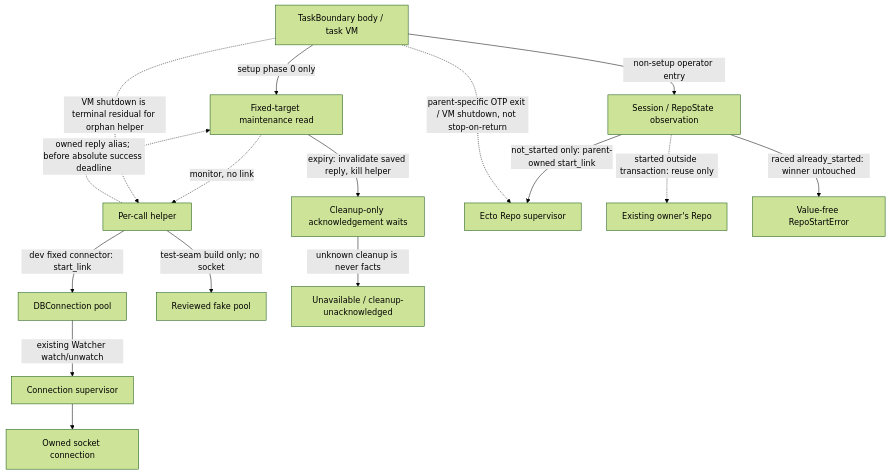
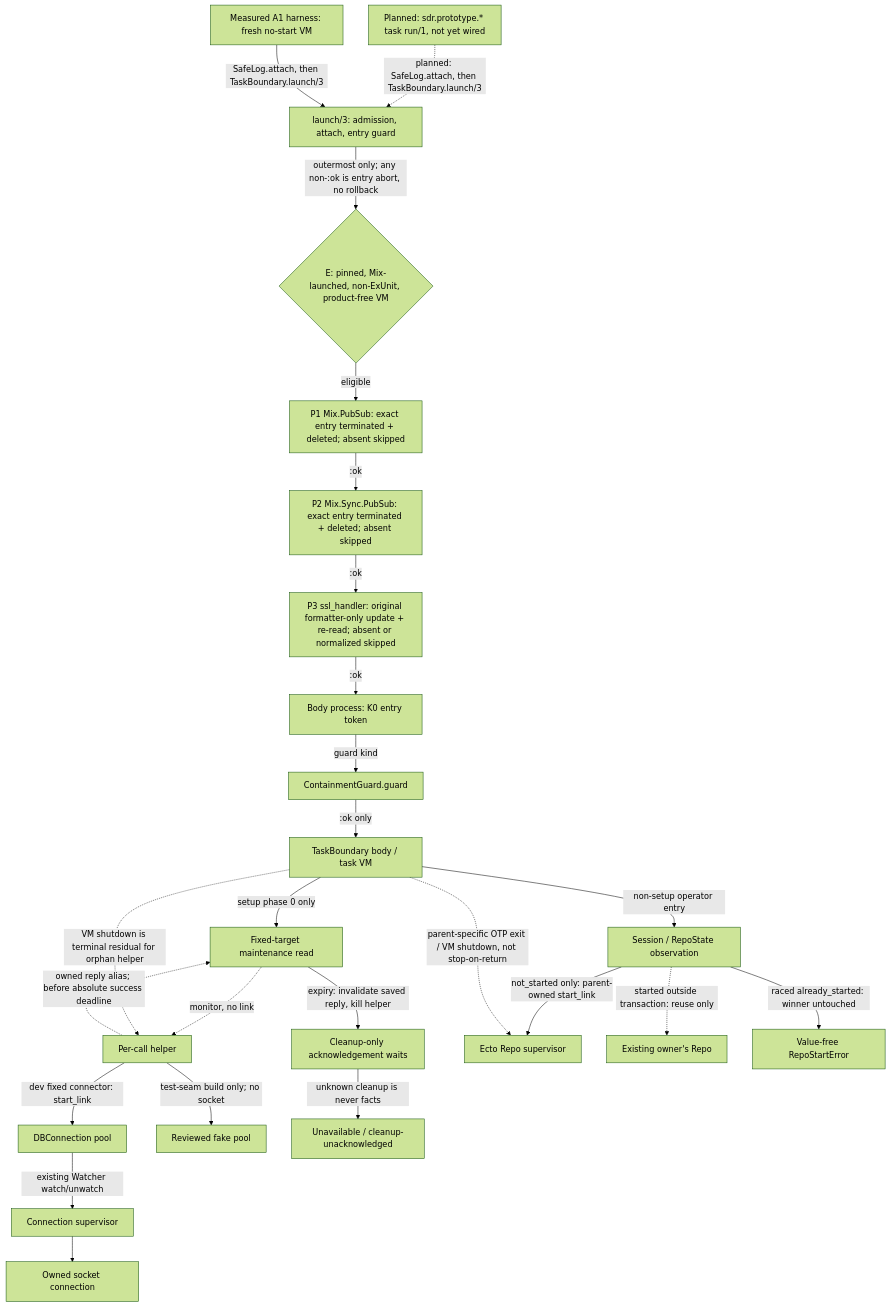
The diagram in docs/architecture/prototype-task-connections.mmd (chops/sdr_agent), drawn with Mermaid (forest theme) before and after one commit. The commit also changed 1 other file, not shown here.

Commit message:
docs(d237-s4): terminal launch path and measured prelude/tracer pins
The task-connections diagram and notes add ADR-0022's launch/3 route:
the sequential E -> P1 -> P2 -> P3 prelude with its skips, the body
token, then the guard. Product task wiring is shown as planned (op is a
stub and import is absent); the A1 harness is the measured route. They
record the measured Mix.PubSub [Supervisor] entry and the -fun-1- tracer
callbacks. Codex docs review PASS 061a24f3.

```diff
--- a/docs/architecture/prototype-task-connections.mmd
+++ b/docs/architecture/prototype-task-connections.mmd
@@ -1,17 +1,26 @@
 flowchart TD
   Task[TaskBoundary body / task VM]
   Task -->|setup phase 0 only| Maintenance[Fixed-target maintenance read]
   Maintenance -.->|monitor, no link| Helper[Per-call helper]
   Helper -.->|owned reply alias; before absolute success deadline| Maintenance
   Helper -->|dev fixed connector: start_link| Pool[DBConnection pool]
   Pool -->|existing Watcher watch/unwatch| Tree[Connection supervisor]
   Tree --> Connection[Owned socket connection]
   Helper -->|test-seam build only; no socket| Fake[Reviewed fake pool]
   Maintenance -->|expiry: invalidate saved reply, kill helper| Grace[Cleanup-only acknowledgement waits]
   Grace -->|unknown cleanup is never facts| Refusal[Unavailable / cleanup-unacknowledged]
   Task -->|non-setup operator entry| Session[Session / RepoState observation]
   Session -->|not_started only: parent-owned start_link| Repo[Ecto Repo supervisor]
   Session -.->|started outside transaction: reuse only| Existing[Existing owner's Repo]
   Session -->|raced already_started: winner untouched| Error[Value-free RepoStartError]
   Task -.->|parent-specific OTP exit / VM shutdown, not stop-on-return| Repo
   Task -.->|VM shutdown is terminal residual for orphan helper| Helper
+  Terminal[Planned: sdr.prototype.* task run/1, not yet wired] -.->|planned: SafeLog.attach, then TaskBoundary.launch/3| Launch
+  Harness[Measured A1 harness: fresh no-start VM] -->|SafeLog.attach, then TaskBoundary.launch/3| Launch[launch/3: admission, attach, entry guard]
+  Launch -->|outermost only; any non-:ok is entry abort, no rollback| Eligible{E: pinned, Mix-launched, non-ExUnit, product-free VM}
+  Eligible -->|eligible| P1[P1 Mix.PubSub: exact entry terminated + deleted; absent skipped]
+  P1 -->|:ok| P2[P2 Mix.Sync.PubSub: exact entry terminated + deleted; absent skipped]
+  P2 -->|:ok| P3[P3 ssl_handler: original formatter-only update + re-read; absent or normalized skipped]
+  P3 -->|:ok| Body[Body process: K0 entry token]
+  Body -->|guard kind| Guard[ContainmentGuard.guard]
+  Guard -->|:ok only| Task
```
